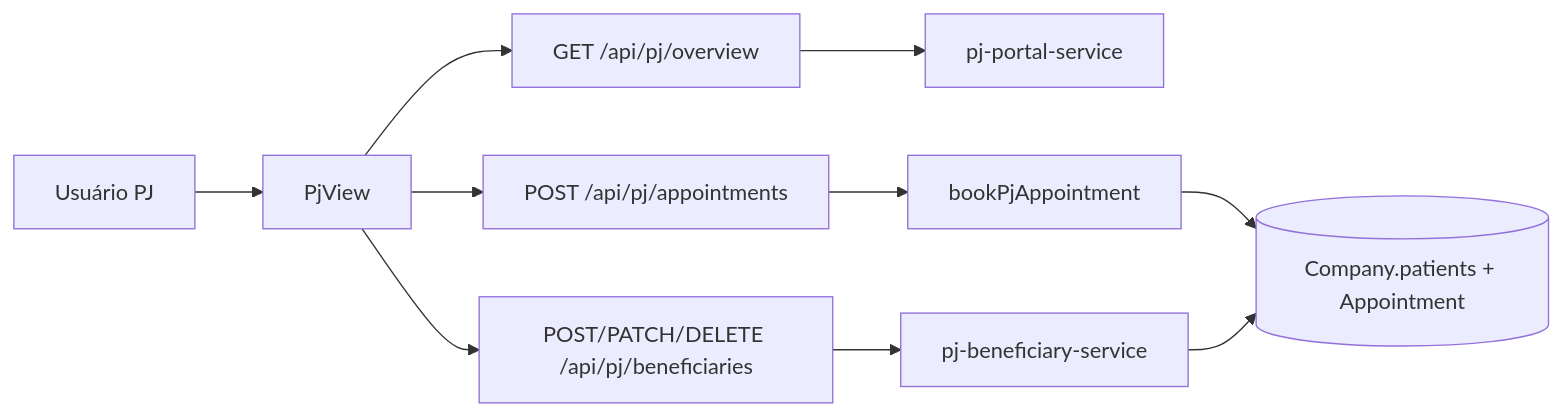
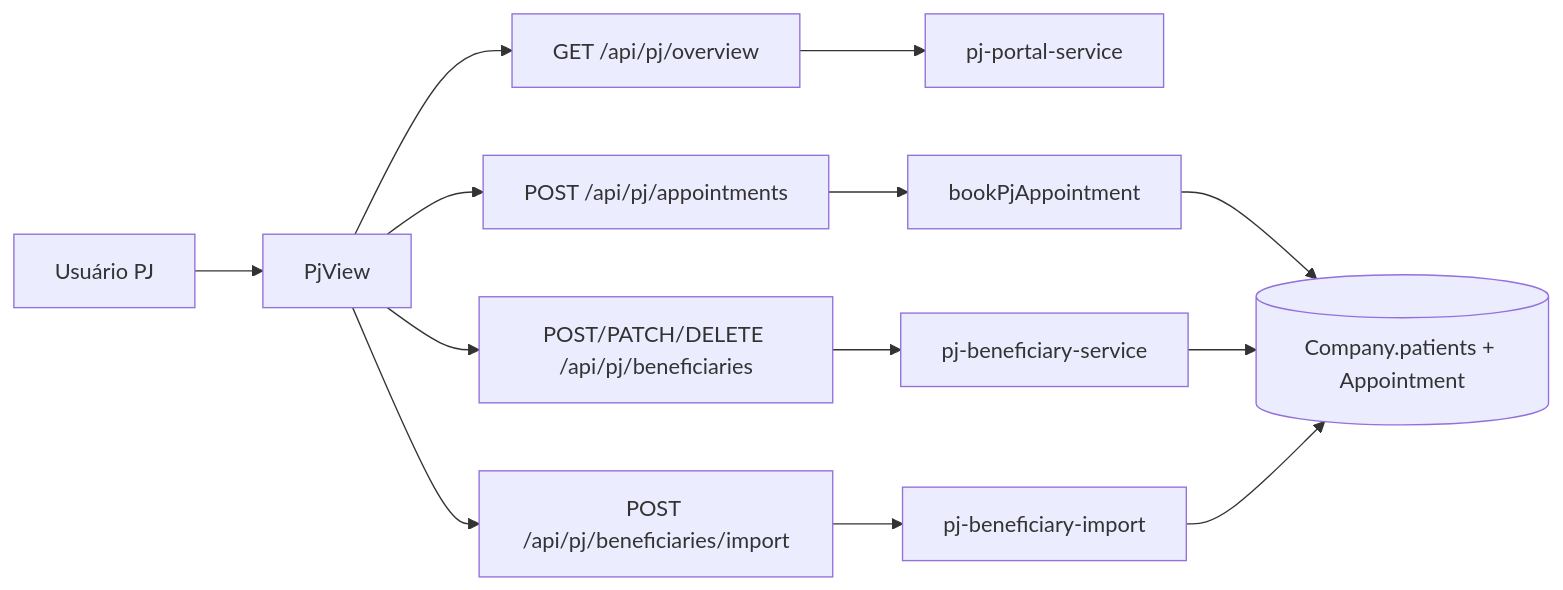
The sixth of 10 diagrams in docs/produto/FLUXOS.md (Piulres/sistema-bibi), drawn with Mermaid before and after one commit. The commit also changed other lines of this file and 27 other files, not shown here.

````diff
--- a/docs/produto/FLUXOS.md
+++ b/docs/produto/FLUXOS.md
@@ -551,12 +555,15 @@
 ```mermaid
 flowchart LR
   RH[Usuário PJ] --> V[PjView]
   V --> O[GET /api/pj/overview]
   V --> A[POST /api/pj/appointments]
   V --> C[POST/PATCH/DELETE /api/pj/beneficiaries]
+  V --> I[POST /api/pj/beneficiaries/import]
   O --> S[pj-portal-service]
   A --> B[bookPjAppointment]
   C --> P[pj-beneficiary-service]
+  I --> M[pj-beneficiary-import]
   B --> DB[(Company.patients + Appointment)]
   P --> DB
+  M --> DB
 ```
````
